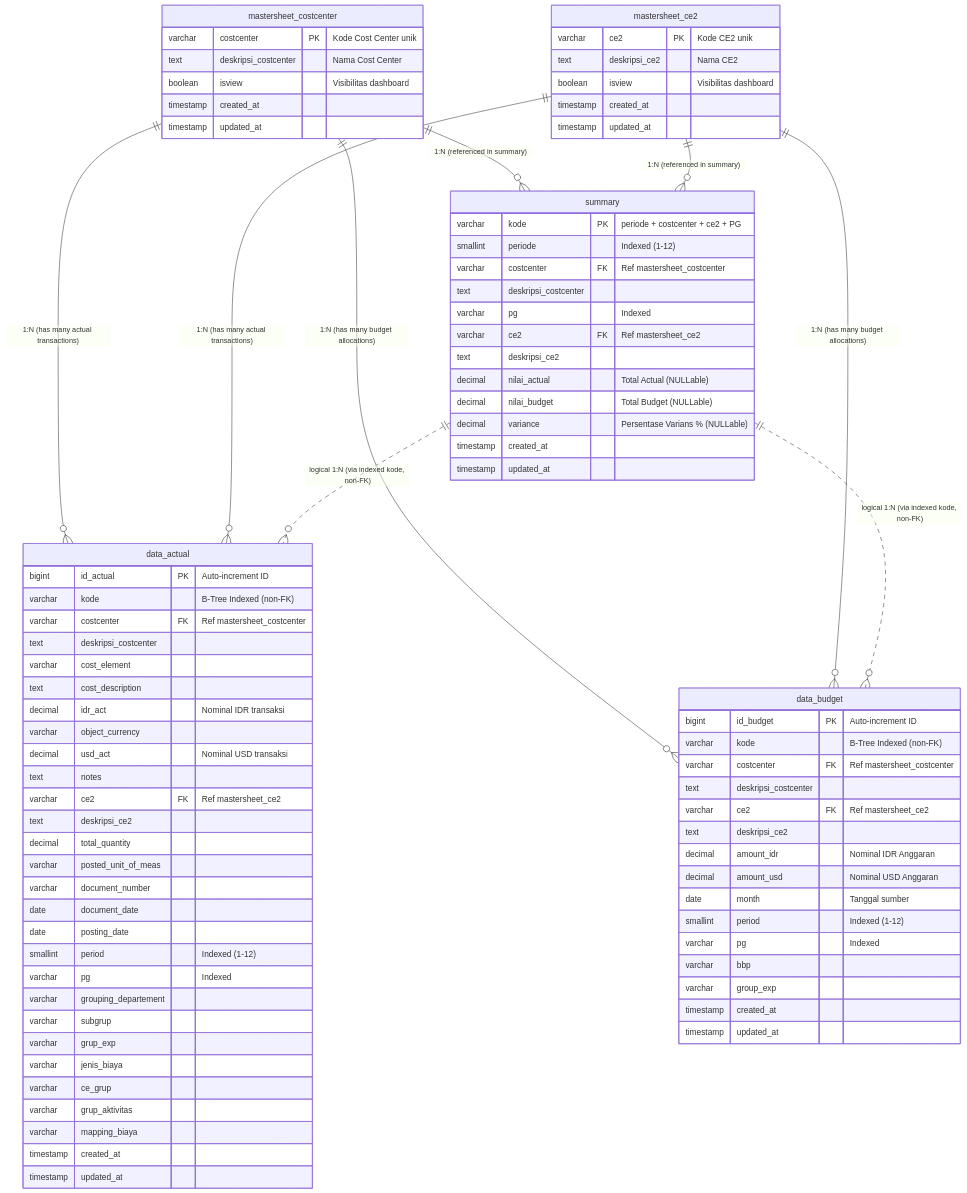
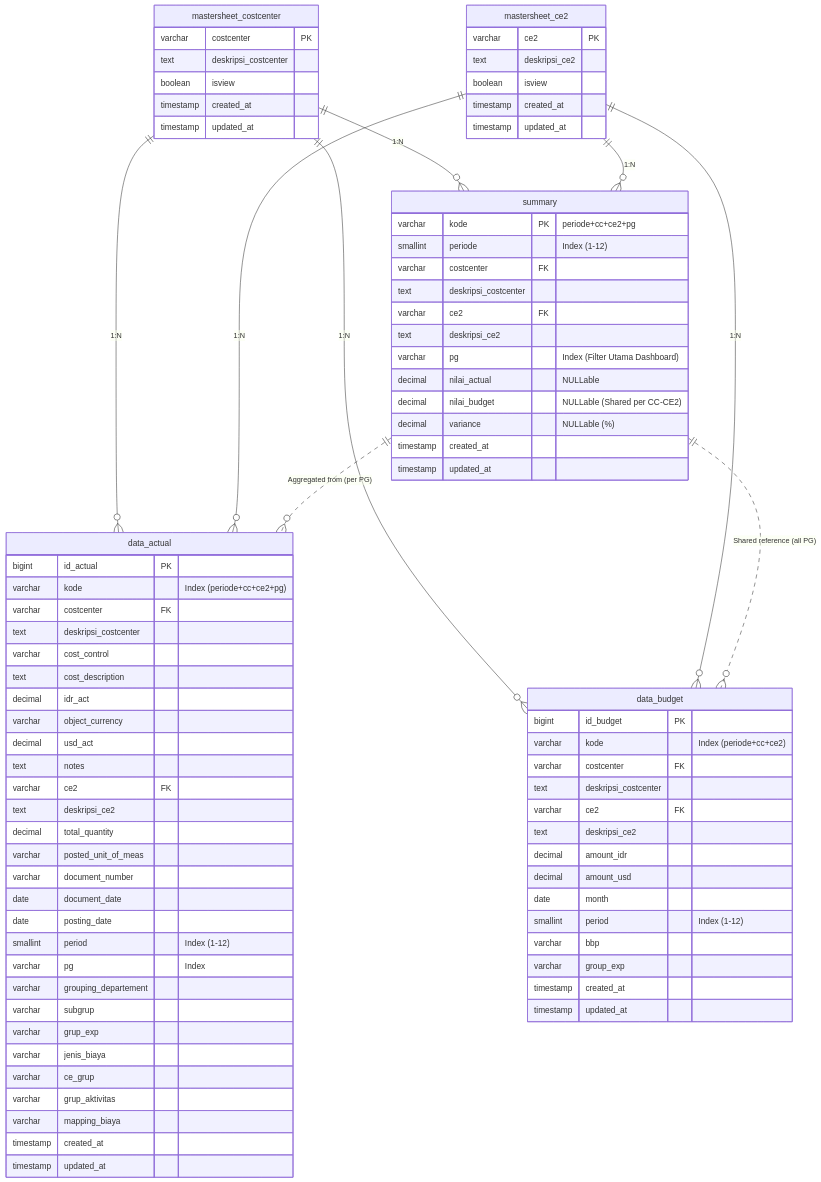
Before and after one commit to zakiahmadbasyary/DashboardCostControl: the diagram in apps/dashboard-opex/doc/skema_database_opex_ggp.md, drawn with Mermaid. The commit also changed other lines of this file, not shown here.

Commit message:
fix opex : skema database kode

````diff
--- a/apps/dashboard-opex/doc/skema_database_opex_ggp.md
+++ b/apps/dashboard-opex/doc/skema_database_opex_ggp.md
@@ -155,52 +338,52 @@
 ```mermaid
 erDiagram
-    mastersheet_costcenter ||--o{ data_actual : "1:N (has many actual transactions)"
-    mastersheet_costcenter ||--o{ data_budget : "1:N (has many budget allocations)"
-    mastersheet_costcenter ||--o{ summary : "1:N (referenced in summary)"
+    mastersheet_costcenter ||--o{ data_actual : "1:N"
+    mastersheet_costcenter ||--o{ data_budget : "1:N"
+    mastersheet_costcenter ||--o{ summary : "1:N"
 
-    mastersheet_ce2 ||--o{ data_actual : "1:N (has many actual transactions)"
-    mastersheet_ce2 ||--o{ data_budget : "1:N (has many budget allocations)"
-    mastersheet_ce2 ||--o{ summary : "1:N (referenced in summary)"
+    mastersheet_ce2 ||--o{ data_actual : "1:N"
+    mastersheet_ce2 ||--o{ data_budget : "1:N"
+    mastersheet_ce2 ||--o{ summary : "1:N"
 
-    summary ||..o{ data_actual : "logical 1:N (via indexed kode, non-FK)"
-    summary ||..o{ data_budget : "logical 1:N (via indexed kode, non-FK)"
+    summary ||..o{ data_actual : "Aggregated from (per PG)"
+    summary ||..o{ data_budget : "Shared reference (all PG)"
 
     mastersheet_costcenter {
-        varchar costcenter PK "Kode Cost Center unik"
-        text deskripsi_costcenter "Nama Cost Center"
-        boolean isview "Visibilitas dashboard"
+        varchar costcenter PK
+        text deskripsi_costcenter
+        boolean isview
         timestamp created_at
         timestamp updated_at
     }
 
     mastersheet_ce2 {
-        varchar ce2 PK "Kode CE2 unik"
-        text deskripsi_ce2 "Nama CE2"
-        boolean isview "Visibilitas dashboard"
+        varchar ce2 PK
+        text deskripsi_ce2
+        boolean isview
         timestamp created_at
         timestamp updated_at
     }
 
     data_actual {
-        bigint id_actual PK "Auto-increment ID"
-        varchar kode "B-Tree Indexed (non-FK)"
-        varchar costcenter FK "Ref mastersheet_costcenter"
+        bigint id_actual PK
+        varchar kode "Index (periode+cc+ce2+pg)"
+        varchar costcenter FK
         text deskripsi_costcenter
-        varchar cost_element
+        varchar cost_control
         text cost_description
-        decimal idr_act "Nominal IDR transaksi"
+        decimal idr_act
         varchar object_currency
-        decimal usd_act "Nominal USD transaksi"
+        decimal usd_act
         text notes
-        varchar ce2 FK "Ref mastersheet_ce2"
+        varchar ce2 FK
         text deskripsi_ce2
         decimal total_quantity
         varchar posted_unit_of_meas
         varchar document_number
         date document_date
         date posting_date
-        smallint period "Indexed (1-12)"
-        varchar pg "Indexed"
+        smallint period "Index (1-12)"
+        varchar pg "Index"
         varchar grouping_departement
         varchar subgrup
         varchar grup_exp
@@ -213,17 +396,16 @@
     }
 
     data_budget {
-        bigint id_budget PK "Auto-increment ID"
-        varchar kode "B-Tree Indexed (non-FK)"
-        varchar costcenter FK "Ref mastersheet_costcenter"
+        bigint id_budget PK
+        varchar kode "Index (periode+cc+ce2)"
+        varchar costcenter FK
         text deskripsi_costcenter
-        varchar ce2 FK "Ref mastersheet_ce2"
+        varchar ce2 FK
         text deskripsi_ce2
-        decimal amount_idr "Nominal IDR Anggaran"
-        decimal amount_usd "Nominal USD Anggaran"
-        date month "Tanggal sumber"
-        smallint period "Indexed (1-12)"
-        varchar pg "Indexed"
+        decimal amount_idr
+        decimal amount_usd
+        date month
+        smallint period "Index (1-12)"
         varchar bbp
         varchar group_exp
         timestamp created_at
@@ -231,16 +413,16 @@
     }
 
     summary {
-        varchar kode PK "periode + costcenter + ce2 + PG"
-        smallint periode "Indexed (1-12)"
-        varchar costcenter FK "Ref mastersheet_costcenter"
+        varchar kode PK "periode+cc+ce2+pg"
+        smallint periode "Index (1-12)"
+        varchar costcenter FK
         text deskripsi_costcenter
-        varchar pg "Indexed"
-        varchar ce2 FK "Ref mastersheet_ce2"
+        varchar ce2 FK
         text deskripsi_ce2
-        decimal nilai_actual "Total Actual (NULLable)"
-        decimal nilai_budget "Total Budget (NULLable)"
-        decimal variance "Persentase Varians % (NULLable)"
+        varchar pg "Index (Filter Utama Dashboard)"
+        decimal nilai_actual "NULLable"
+        decimal nilai_budget "NULLable (Shared per CC-CE2)"
+        decimal variance "NULLable (%)"
         timestamp created_at
         timestamp updated_at
     }
````
